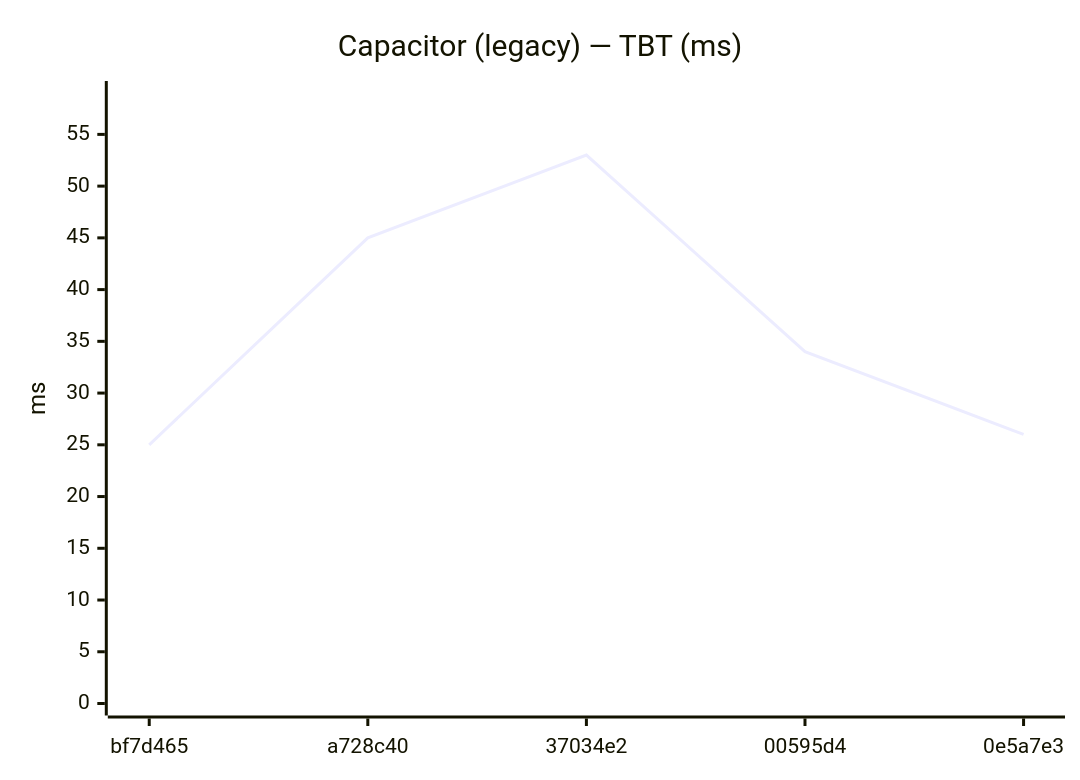
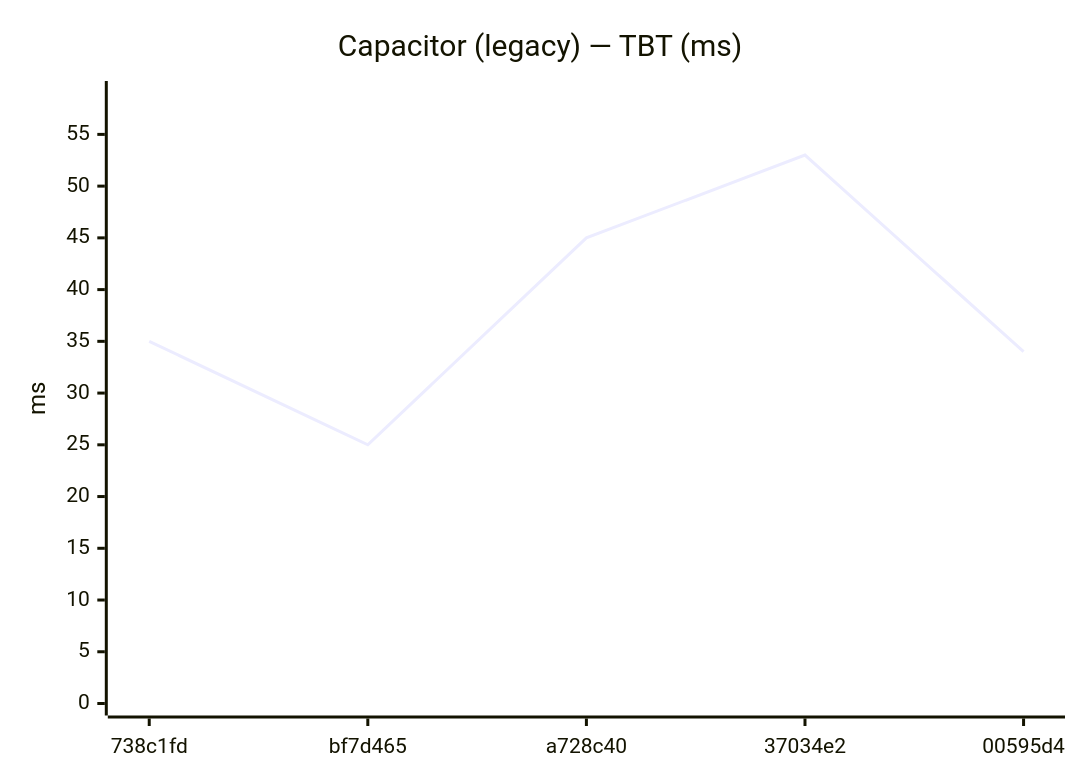
Diagram 14 of 24 in benchmarks/compare.md (Metaheurist/Rianell), drawn with Mermaid before and after one commit. The commit also changed other lines of this file and 13 other files, not shown here.

````diff
--- a/benchmarks/compare.md
+++ b/benchmarks/compare.md
@@ -201,7 +201,7 @@
 ```mermaid
 xychart-beta
     title "Capacitor (legacy) — TBT (ms)"
-    x-axis ["bf7d465", "a728c40", "37034e2", "00595d4", "0e5a7e3"]
+    x-axis ["738c1fd", "bf7d465", "a728c40", "37034e2", "00595d4"]
     y-axis "ms" 0 --> 59
-    line [25, 45, 53, 34, 26]
+    line [35, 25, 45, 53, 34]
 ```
````
